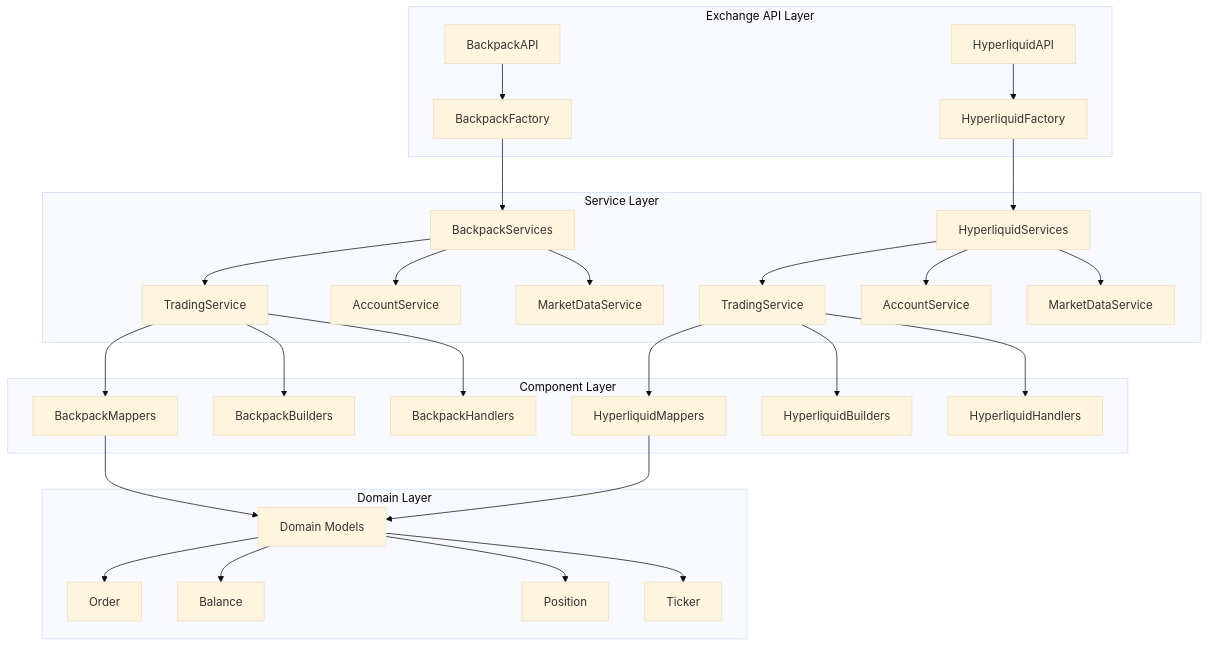
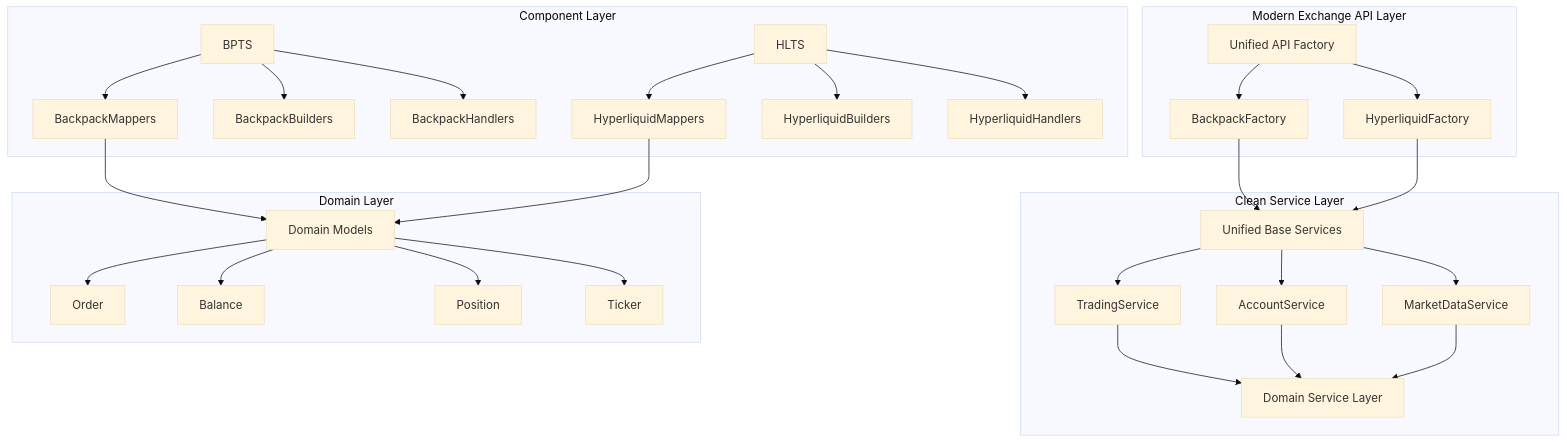
Before and after one commit to plataplomo/hummingbot: the first of 13 diagrams in workflow/business_logic_refactor/03_third_look.md, drawn with Mermaid (base theme). The commit also changed other lines of this file and 93 other files, not shown here.

````diff
--- a/workflow/business_logic_refactor/03_third_look.md
+++ b/workflow/business_logic_refactor/03_third_look.md
@@ -31,40 +33,40 @@
 ```mermaid
 graph TB
-    subgraph "Exchange API Layer"
-        BP[BackpackAPI] --> BPF[BackpackFactory]
-        HL[HyperliquidAPI] --> HLF[HyperliquidFactory]
+    subgraph "Modern Exchange API Layer"
+        UAF[Unified API Factory] --> BPF[BackpackFactory]
+        UAF --> HLF[HyperliquidFactory]
     end
-    
-    subgraph "Service Layer"
-        BPF --> BPS[BackpackServices]
-        HLF --> HLS[HyperliquidServices]
-        
-        BPS --> BPTS[TradingService]
-        BPS --> BPAS[AccountService]
-        BPS --> BPMS[MarketDataService]
-        
-        HLS --> HLTS[TradingService]
-        HLS --> HLAS[AccountService]
-        HLS --> HLMS[MarketDataService]
+
+    subgraph "Clean Service Layer"
+        BPF --> UBS[Unified Base Services]
+        HLF --> UBS
+
+        UBS --> TS[TradingService]
+        UBS --> AS[AccountService]
+        UBS --> MDS[MarketDataService]
+
+        TS --> DSL[Domain Service Layer]
+        AS --> DSL
+        MDS --> DSL
     end
-    
+
     subgraph "Component Layer"
         BPTS --> BPM[BackpackMappers]
         BPTS --> BPB[BackpackBuilders]
         BPTS --> BPH[BackpackHandlers]
-        
+
         HLTS --> HLM[HyperliquidMappers]
         HLTS --> HLB[HyperliquidBuilders]
         HLTS --> HLH[HyperliquidHandlers]
     end
-    
+
     subgraph "Domain Layer"
         BPM --> DM[Domain Models]
         HLM --> DM
-        
+
         DM --> Order
         DM --> Balance
         DM --> Position
         DM --> Ticker
     end
 ```
````
